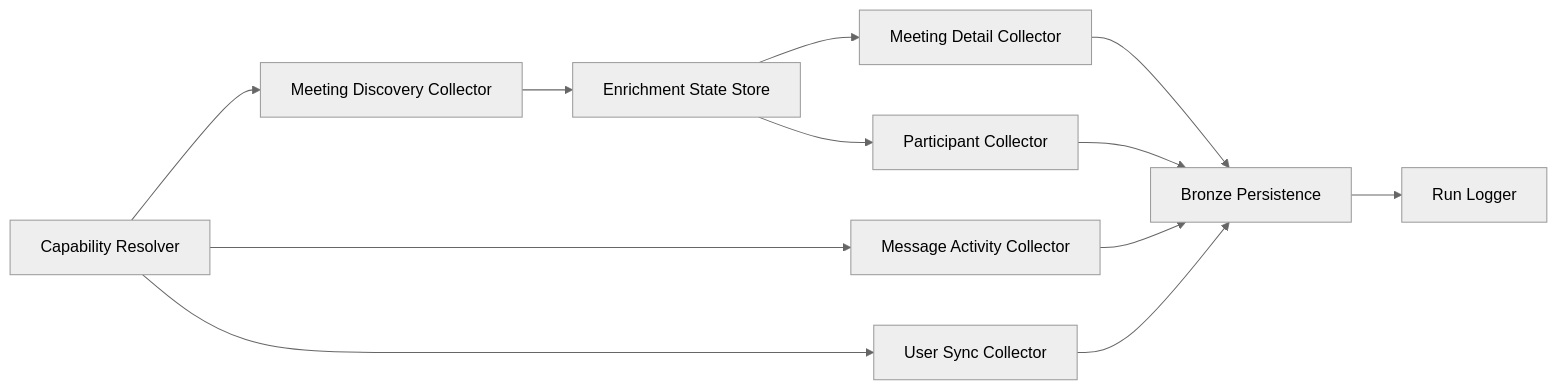
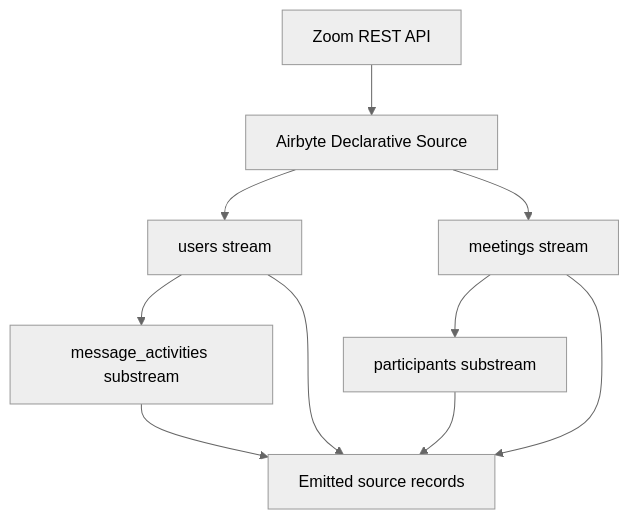
One commit to cyberantonz/insight changed the first of 3 diagrams in docs/components/connectors/collaboration/zoom/specs/DESIGN.md. Above: the diagram before and after it, drawn with Mermaid (neutral theme). The commit also changed other lines of this file and 2 other files, not shown here.

````diff
--- a/docs/components/connectors/collaboration/zoom/specs/DESIGN.md
+++ b/docs/components/connectors/collaboration/zoom/specs/DESIGN.md
@@ -226,14 +76,12 @@
 ```mermaid
-flowchart LR
-    A[Capability Resolver] --> B[Meeting Discovery Collector]
-    B --> C[Enrichment State Store]
-    C --> D[Meeting Detail Collector]
-    C --> E[Participant Collector]
-    A --> F[Message Activity Collector]
-    A --> G[User Sync Collector]
-    D --> H[Bronze Persistence]
-    E --> H
-    F --> H
-    G --> H
-    H --> I[Run Logger]
+flowchart TD
+    A["Zoom REST API"] --> B["Airbyte Declarative Source"]
+    B --> C["users stream"]
+    B --> D["meetings stream"]
+    D --> E["participants substream"]
+    C --> F["message_activities substream"]
+    C --> G["Emitted source records"]
+    D --> G
+    E --> G
+    F --> G
 ```
````
